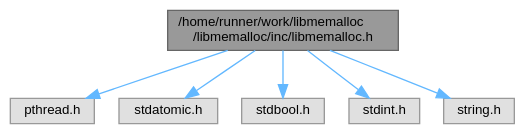
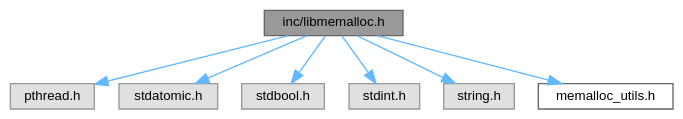
One commit to RafaelVVolkmer/libmemalloc changed the diagram in libmemalloc_8h__incl.dot. Above: the diagram before and after it, drawn with Graphviz. The commit also changed 89 other files, not shown here.

```diff
--- a/libmemalloc_8h__incl.dot
+++ b/libmemalloc_8h__incl.dot
@@ -1,18 +1,20 @@
-digraph "/home/runner/work/libmemalloc/libmemalloc/inc/libmemalloc.h"
+digraph "inc/libmemalloc.h"
 {
  // LATEX_PDF_SIZE
   bgcolor="transparent";
   edge [fontname=Helvetica,fontsize=10,labelfontname=Helvetica,labelfontsize=10];
   node [fontname=Helvetica,fontsize=10,shape=box,height=0.2,width=0.4];
-  Node1 [id="Node000001",label="/home/runner/work/libmemalloc\l/libmemalloc/inc/libmemalloc.h",height=0.2,width=0.4,color="gray40", fillcolor="grey60", style="filled", fontcolor="black",tooltip=" "];
+  Node1 [id="Node000001",label="inc/libmemalloc.h",height=0.2,width=0.4,color="gray40", fillcolor="grey60", style="filled", fontcolor="black",tooltip=" "];
   Node1 -> Node2 [id="edge1_Node000001_Node000002",color="steelblue1",style="solid",tooltip=" "];
   Node2 [id="Node000002",label="pthread.h",height=0.2,width=0.4,color="grey60", fillcolor="#E0E0E0", style="filled",tooltip=" "];
   Node1 -> Node3 [id="edge2_Node000001_Node000003",color="steelblue1",style="solid",tooltip=" "];
   Node3 [id="Node000003",label="stdatomic.h",height=0.2,width=0.4,color="grey60", fillcolor="#E0E0E0", style="filled",tooltip=" "];
   Node1 -> Node4 [id="edge3_Node000001_Node000004",color="steelblue1",style="solid",tooltip=" "];
   Node4 [id="Node000004",label="stdbool.h",height=0.2,width=0.4,color="grey60", fillcolor="#E0E0E0", style="filled",tooltip=" "];
   Node1 -> Node5 [id="edge4_Node000001_Node000005",color="steelblue1",style="solid",tooltip=" "];
   Node5 [id="Node000005",label="stdint.h",height=0.2,width=0.4,color="grey60", fillcolor="#E0E0E0", style="filled",tooltip=" "];
   Node1 -> Node6 [id="edge5_Node000001_Node000006",color="steelblue1",style="solid",tooltip=" "];
   Node6 [id="Node000006",label="string.h",height=0.2,width=0.4,color="grey60", fillcolor="#E0E0E0", style="filled",tooltip=" "];
+  Node1 -> Node7 [id="edge6_Node000001_Node000007",color="steelblue1",style="solid",tooltip=" "];
+  Node7 [id="Node000007",label="memalloc_utils.h",height=0.2,width=0.4,color="grey40", fillcolor="white", style="filled",URL="$memalloc__utils_8h.html",tooltip=" "];
 }
```
